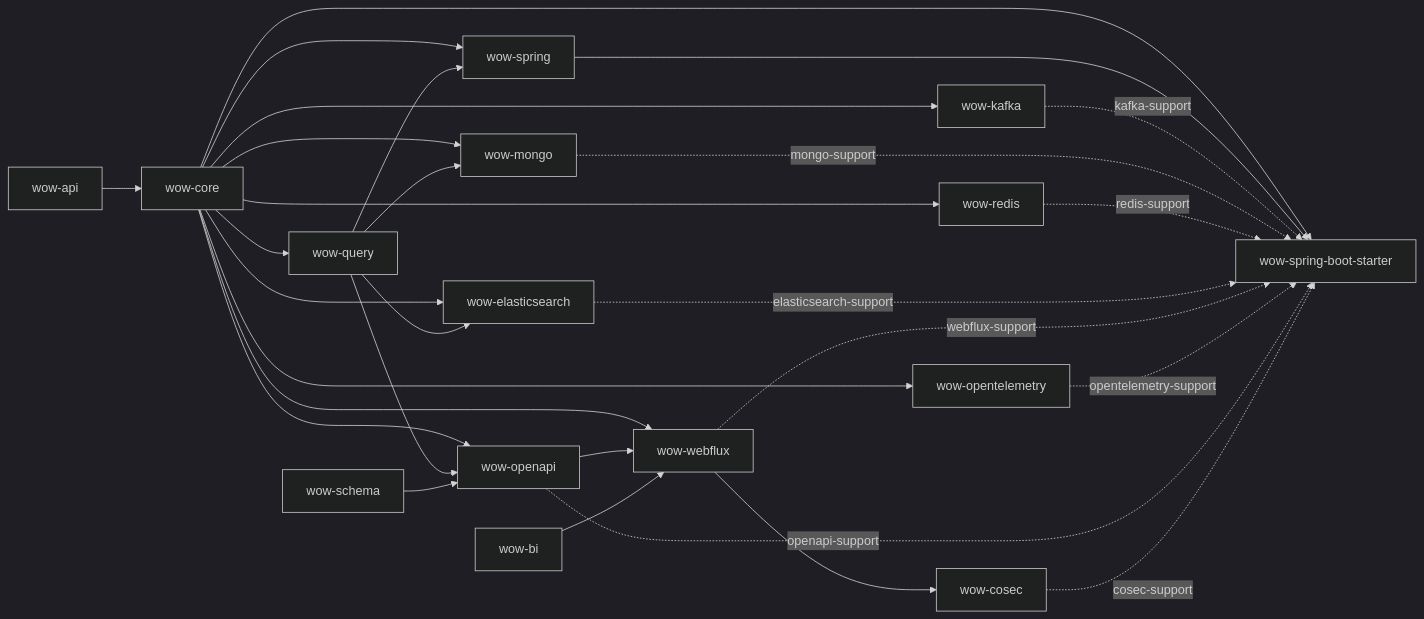
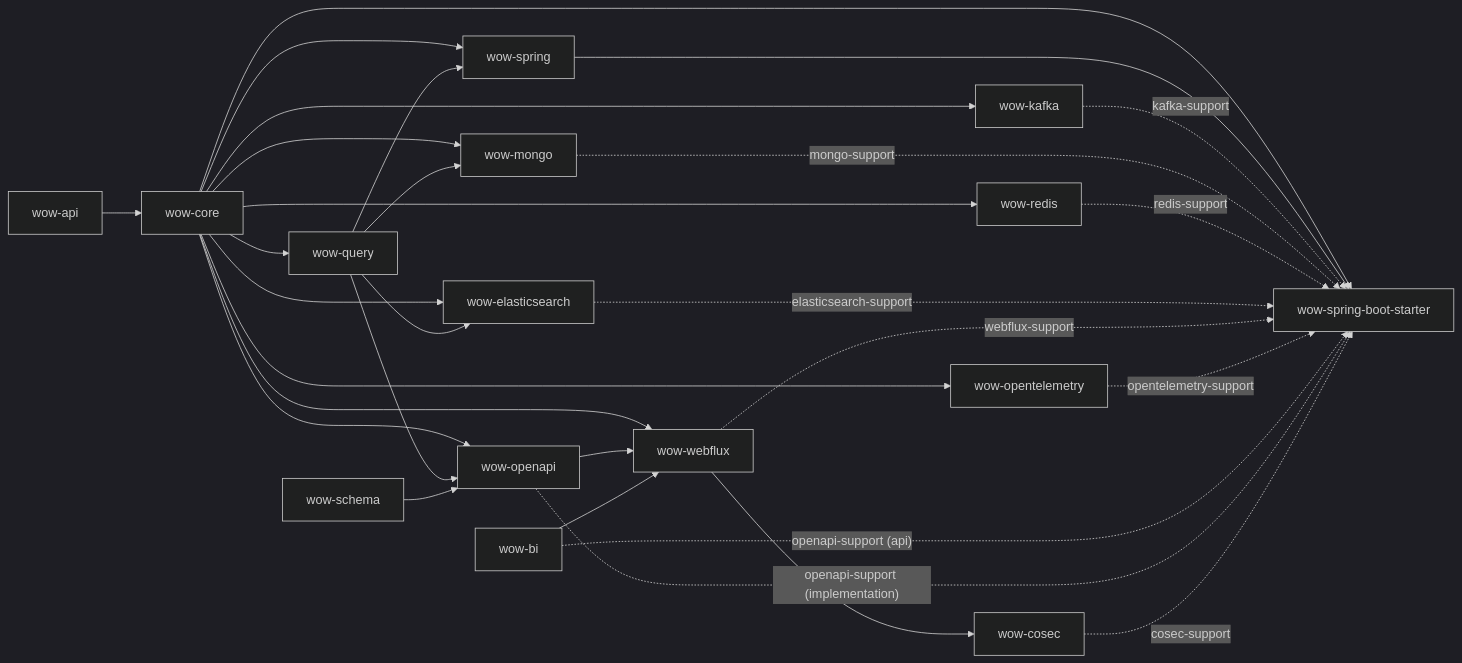
The diagram in documentation/docs/en/guide/advanced/module-dependencies.md (Ahoo-Wang/Wow), drawn with Mermaid (dark theme) before and after one commit. The commit also changed other lines of this file and 5 other files, not shown here.

````diff
--- a/documentation/docs/en/guide/advanced/module-dependencies.md
+++ b/documentation/docs/en/guide/advanced/module-dependencies.md
@@ -45,34 +45,35 @@
 ```mermaid
 graph LR
     API[wow-api] --> CORE[wow-core]
     CORE --> QUERY[wow-query]
     CORE --> SPRING[wow-spring]
     QUERY --> SPRING
     CORE --> STARTER[wow-spring-boot-starter]
     SPRING --> STARTER
 
     CORE --> KAFKA[wow-kafka]
     CORE --> MONGO[wow-mongo]
     QUERY --> MONGO
     CORE --> REDIS[wow-redis]
     CORE --> ES[wow-elasticsearch]
     QUERY --> ES
 
     CORE --> OPENAPI[wow-openapi]
     QUERY --> OPENAPI
     SCHEMA[wow-schema] --> OPENAPI
     CORE --> WEBFLUX[wow-webflux]
     OPENAPI --> WEBFLUX
     BI[wow-bi] --> WEBFLUX
     CORE --> OTEL[wow-opentelemetry]
     WEBFLUX --> COSEC[wow-cosec]
 
     KAFKA -. kafka-support .-> STARTER
     MONGO -. mongo-support .-> STARTER
     REDIS -. redis-support .-> STARTER
     ES -. elasticsearch-support .-> STARTER
     WEBFLUX -. webflux-support .-> STARTER
     OTEL -. opentelemetry-support .-> STARTER
-    OPENAPI -. openapi-support .-> STARTER
+    BI -. "openapi-support (api)" .-> STARTER
+    OPENAPI -. "openapi-support (implementation)" .-> STARTER
     COSEC -. cosec-support .-> STARTER
 ```
````
